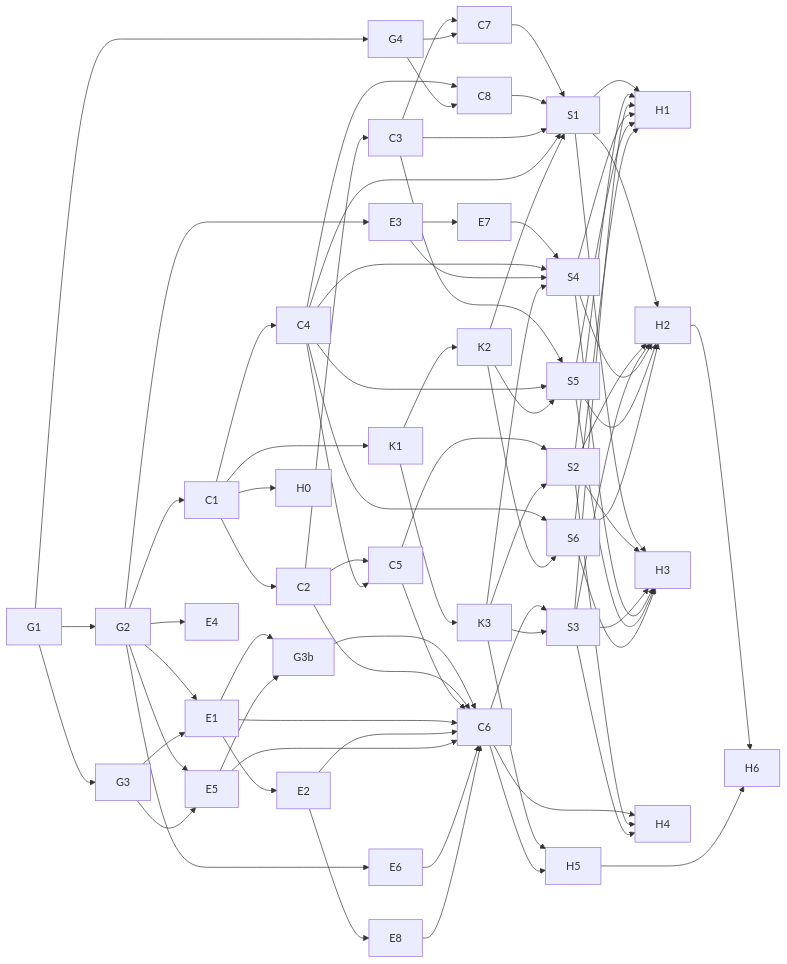
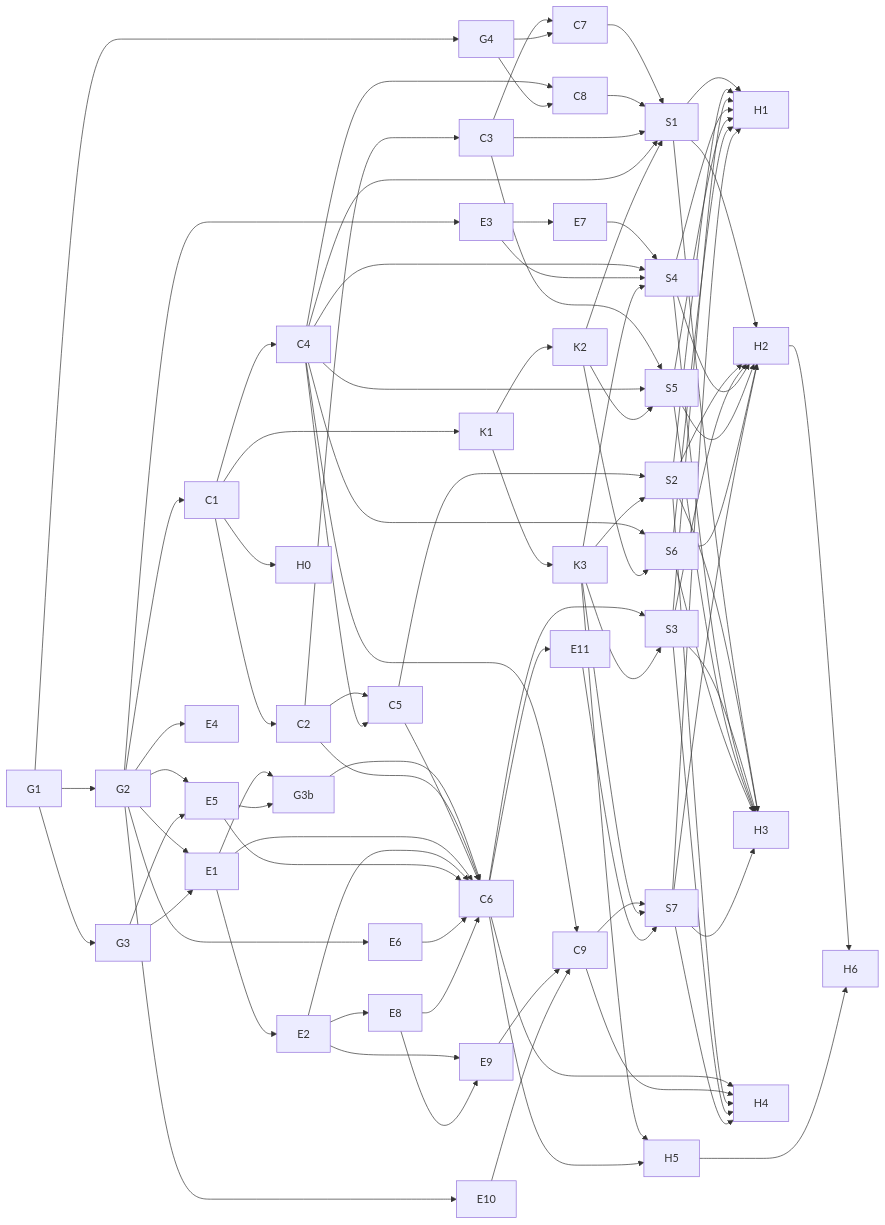
One commit to thisizmsk-png/vajra changed the diagram in docs/desktop/spec/tasks.md. Above: the diagram before and after it, drawn with Mermaid. The commit also changed other lines of this file and 3 other files, not shown here.

````diff
--- a/docs/desktop/spec/tasks.md
+++ b/docs/desktop/spec/tasks.md
@@ -122,29 +127,34 @@
 ```mermaid
 graph LR
   G1 --> G2 --> E3 & E1 & C1
   G1 --> G3 --> E1 --> E2
   G2 & G3 --> E5
   E1 & E5 --> G3b --> C6
   C1 --> C2 & C4 & K1
   C2 --> C3
   C2 & C4 --> C5
   C2 & C5 & E1 & E2 & E5 & E6 --> C6
   G1 --> G4
   C3 & G4 --> C7
   C4 & G4 --> C8
   C7 & C8 --> S1
   G2 --> E4 & E6
   E3 --> E7 --> S4
   E2 --> E8 --> C6
   C1 --> H0
   K1 --> K2 & K3
   C3 & C4 & K2 --> S1 & S5
   C4 & E3 & K3 --> S4
   C4 & K2 --> S6
+  E2 & E8 --> E9
+  G2 --> E10
+  C6 --> E11
+  C4 & E9 & E10 --> C9
+  C9 & K3 & E11 --> S7
   C5 & K3 --> S2
   C6 & K3 --> S3
-  S1 & S2 & S3 & S4 & S5 & S6 --> H1 & H2 & H3
-  C6 & S2 & S3 --> H4
+  S1 & S2 & S3 & S4 & S5 & S6 & S7 --> H1 & H2 & H3
+  C6 & C9 & S2 & S3 & S7 --> H4
   K3 & C6 --> H5
   H2 & H5 --> H6
 ```
````
